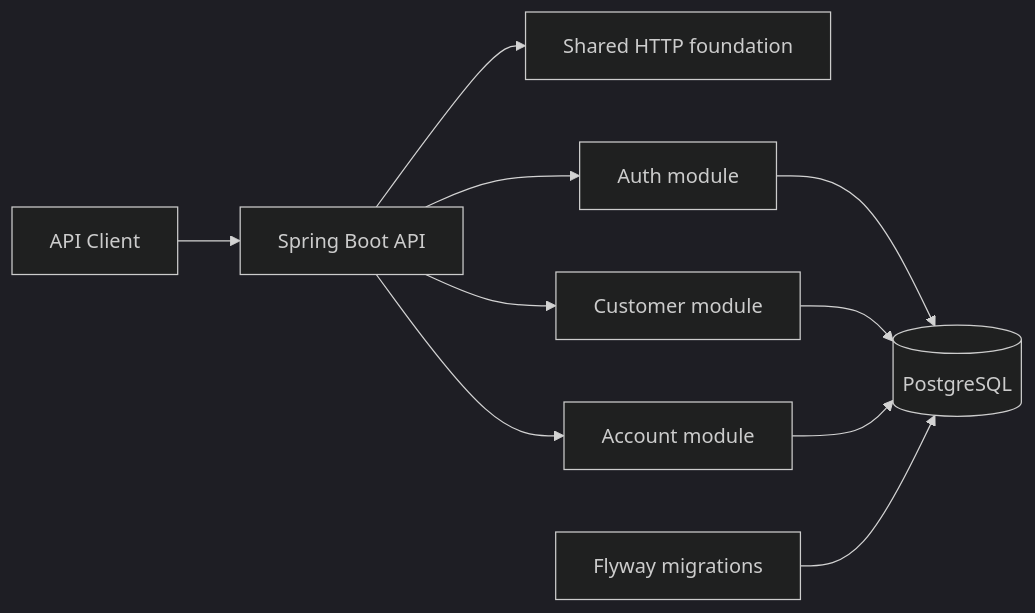
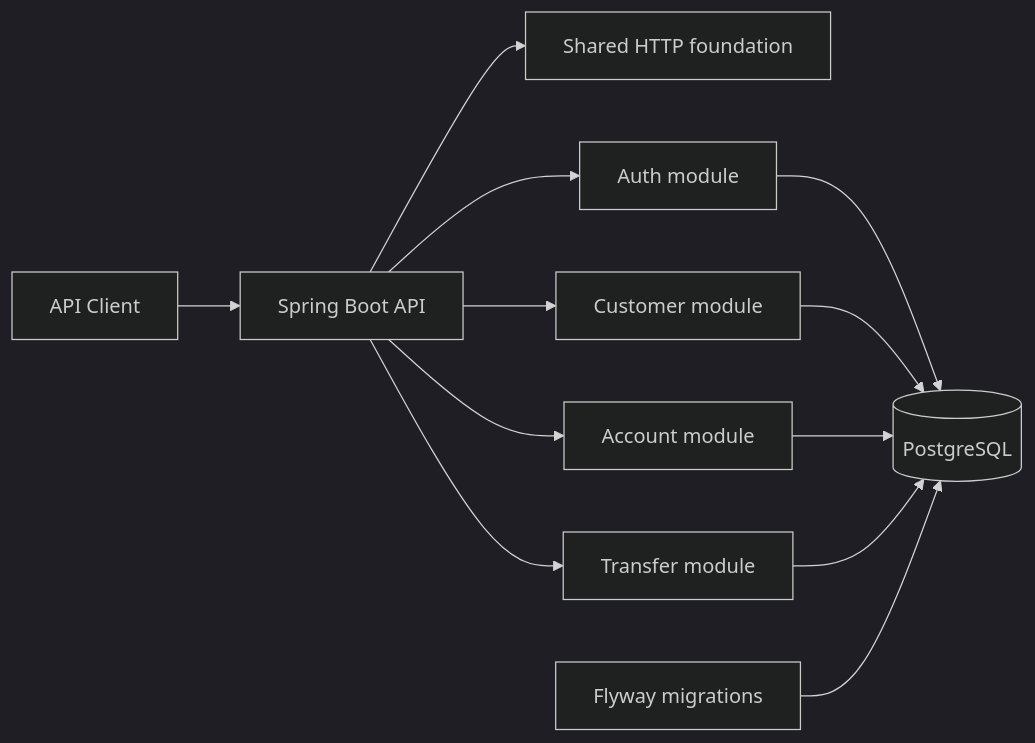
The first of 2 diagrams in README.md (Singatha/bank-forge), drawn with Mermaid (dark theme) before and after one commit. The commit also changed other lines of this file and 16 other files, not shown here.

````diff
--- a/README.md
+++ b/README.md
@@ -11,12 +11,14 @@
 ```mermaid
 flowchart LR
     Client[API Client] --> API[Spring Boot API]
     API --> Shared[Shared HTTP foundation]
     API --> Auth[Auth module]
     API --> Customer[Customer module]
     API --> Account[Account module]
+    API --> Transfer[Transfer module]
     Auth --> DB[(PostgreSQL)]
     Customer --> DB
     Account --> DB
+    Transfer --> DB
     Flyway[Flyway migrations] --> DB
 ```
````
